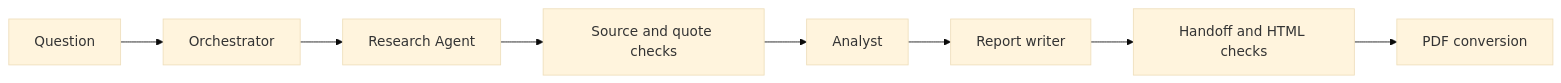
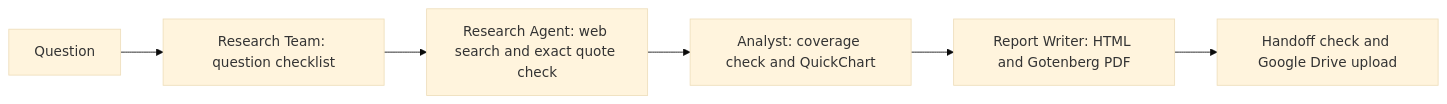
Before and after one commit to nour2303/research-automation: the diagram in README.md, drawn with Mermaid (base theme). The commit also changed other lines of this file and 9 other files, not shown here.

````diff
--- a/README.md
+++ b/README.md
@@ -7,10 +7,8 @@
 ```mermaid
 flowchart LR
-    Q[Question] --> O[Orchestrator]
-    O --> R[Research Agent]
-    R --> V[Source and quote checks]
-    V --> A[Analyst]
-    A --> W[Report writer]
-    W --> H[Handoff and HTML checks]
-    H --> P[PDF conversion]
+    Q[Question] --> T[Research Team: question checklist]
+    T --> R[Research Agent: web search and exact quote check]
+    R --> A[Analyst: coverage check and QuickChart]
+    A --> W[Report Writer: HTML and Gotenberg PDF]
+    W --> D[Handoff check and Google Drive upload]
 ```
````
